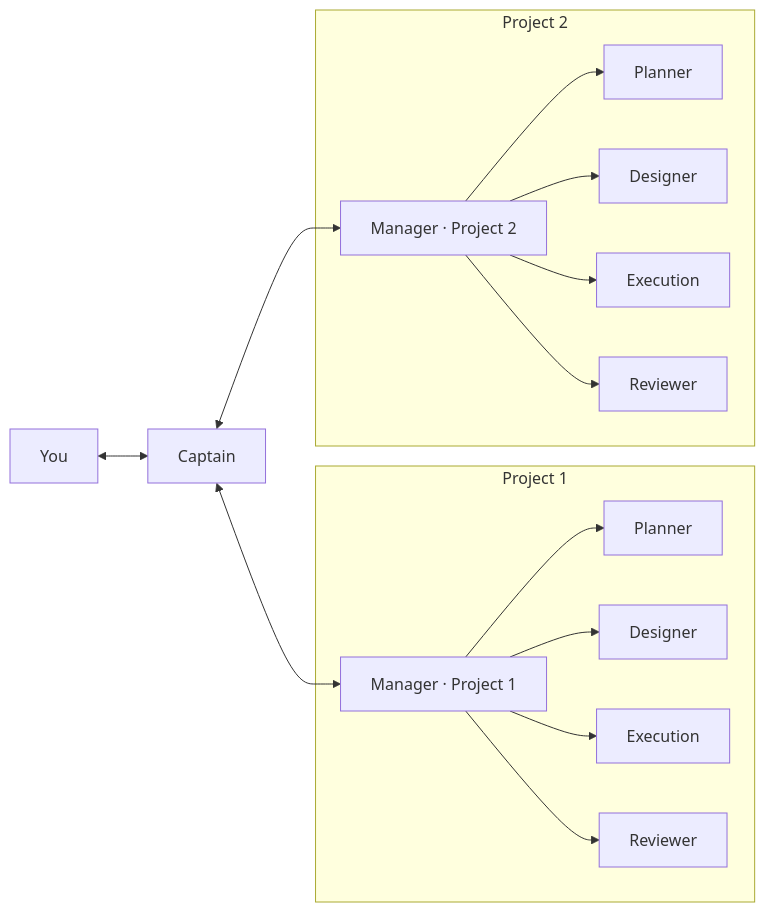
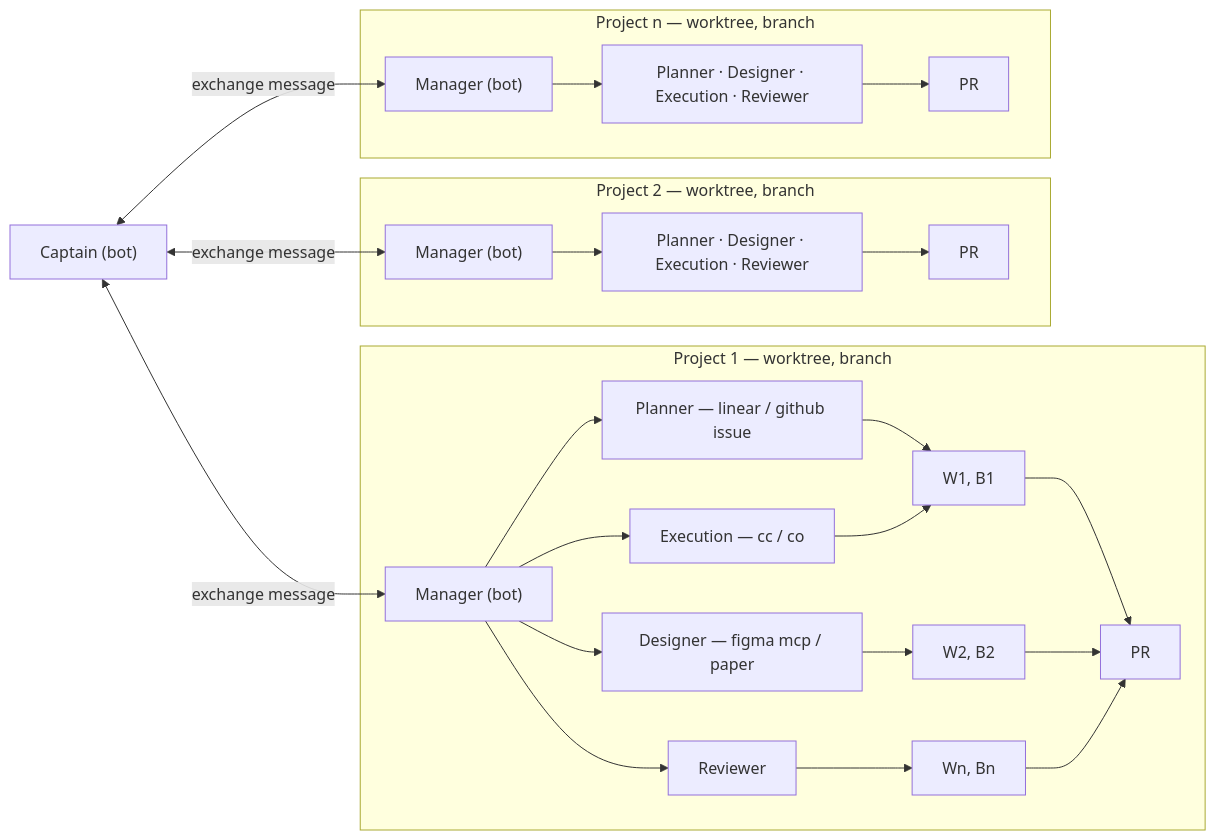
One commit to sanjay-29218/bosun changed the diagram in README.md. Above: the diagram before and after it, drawn with Mermaid. The commit also changed other lines of this file, not shown here.

Commit message:
docs: redraw architecture diagram (Captain, managers, bots, worktrees, PR)

````diff
--- a/README.md
+++ b/README.md
@@ -47,20 +52,46 @@
 ```mermaid
 flowchart LR
-  U["You"] <--> C["Captain"]
-  C <--> M1["Manager · Project 1"]
-  C <--> M2["Manager · Project 2"]
+  Captain["Captain (bot)"]
 
-  subgraph P1 ["Project 1"]
-    M1 --> PL1["Planner"]
-    M1 --> D1["Designer"]
-    M1 --> E1["Execution"]
-    M1 --> R1["Reviewer"]
+  subgraph P1["Project 1 — worktree, branch"]
+    Manager1["Manager (bot)"]
+    Planner1["Planner — linear / github issue"]
+    Designer1["Designer — figma mcp / paper"]
+    Execution1["Execution — cc / co"]
+    Reviewer1["Reviewer"]
+    W1["W1, B1"]
+    W2["W2, B2"]
+    Wn["Wn, Bn"]
+    PR1["PR"]
+
+    Manager1 --> Planner1
+    Manager1 --> Designer1
+    Manager1 --> Execution1
+    Manager1 --> Reviewer1
+    Planner1 --> W1
+    Designer1 --> W2
+    Execution1 --> W1
+    Reviewer1 --> Wn
+    W1 --> PR1
+    W2 --> PR1
+    Wn --> PR1
   end
 
-  subgraph P2 ["Project 2"]
-    M2 --> PL2["Planner"]
-    M2 --> D2["Designer"]
-    M2 --> E2["Execution"]
-    M2 --> R2["Reviewer"]
+  subgraph P2["Project 2 — worktree, branch"]
+    Manager2["Manager (bot)"]
+    Bots2["Planner · Designer · Execution · Reviewer"]
+    PR2["PR"]
+    Manager2 --> Bots2 --> PR2
   end
+
+  subgraph Pn["Project n — worktree, branch"]
+    ManagerN["Manager (bot)"]
+    BotsN["Planner · Designer · Execution · Reviewer"]
+    PRN["PR"]
+    ManagerN --> BotsN --> PRN
+  end
+
+  Captain <-->|exchange message| Manager1
+  Captain <-->|exchange message| Manager2
+  Captain <-->|exchange message| ManagerN
 ```
````
